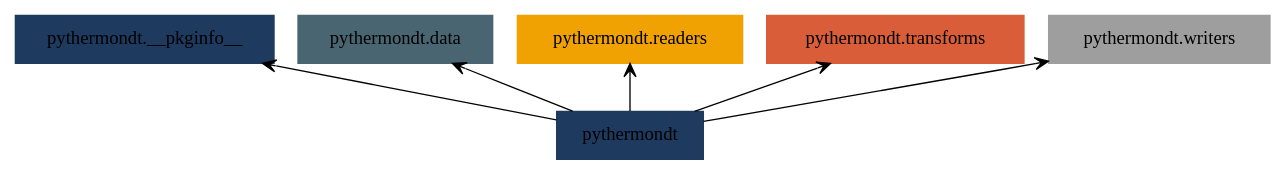
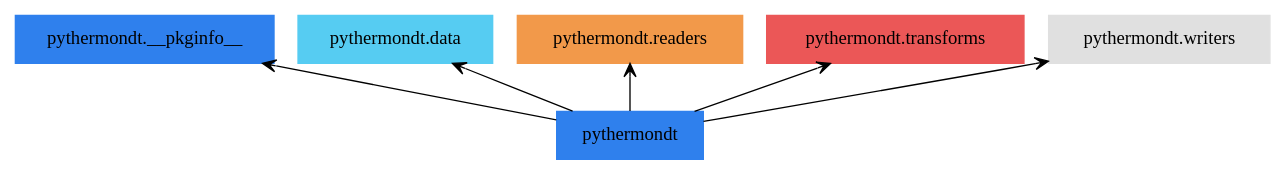
One commit to voidsy-gmbh/pyThermoNDT changed the diagram in docs/pyreverse/packages_pythermondt.gv. Above: the diagram before and after it, drawn with Graphviz. The commit also changed 25 other files, not shown here.

Commit message:
Update pyreverse diagrams

```diff
--- a/docs/pyreverse/packages_pythermondt.gv
+++ b/docs/pyreverse/packages_pythermondt.gv
@@ -1,15 +1,15 @@
 digraph "packages_pythermondt" {
 rankdir=BT
 charset="utf-8"
-"pythermondt" [color="#1E3A5F", label=<pythermondt>, shape="box", style="filled"];
-"pythermondt.__pkginfo__" [color="#1E3A5F", label=<pythermondt.__pkginfo__>, shape="box", style="filled"];
-"pythermondt.data" [color="#4A6572", label=<pythermondt.data>, shape="box", style="filled"];
-"pythermondt.readers" [color="#F0A202", label=<pythermondt.readers>, shape="box", style="filled"];
-"pythermondt.transforms" [color="#D95D39", label=<pythermondt.transforms>, shape="box", style="filled"];
-"pythermondt.writers" [color="#9E9E9E", label=<pythermondt.writers>, shape="box", style="filled"];
+"pythermondt" [color="#2F80ED", label=<pythermondt>, shape="box", style="filled"];
+"pythermondt.__pkginfo__" [color="#2F80ED", label=<pythermondt.__pkginfo__>, shape="box", style="filled"];
+"pythermondt.data" [color="#56CCF2", label=<pythermondt.data>, shape="box", style="filled"];
+"pythermondt.readers" [color="#F2994A", label=<pythermondt.readers>, shape="box", style="filled"];
+"pythermondt.transforms" [color="#EB5757", label=<pythermondt.transforms>, shape="box", style="filled"];
+"pythermondt.writers" [color="#E0E0E0", label=<pythermondt.writers>, shape="box", style="filled"];
 "pythermondt" -> "pythermondt.__pkginfo__" [arrowhead="open", arrowtail="none"];
 "pythermondt" -> "pythermondt.data" [arrowhead="open", arrowtail="none"];
 "pythermondt" -> "pythermondt.readers" [arrowhead="open", arrowtail="none"];
 "pythermondt" -> "pythermondt.transforms" [arrowhead="open", arrowtail="none"];
 "pythermondt" -> "pythermondt.writers" [arrowhead="open", arrowtail="none"];
 }
```
